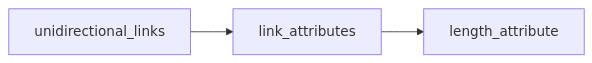
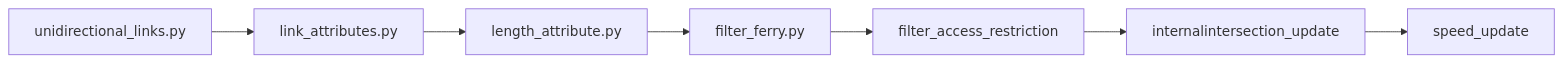
The diagram in README.md (anu-kuncheria/mobiliti-network), drawn with Mermaid before and after one commit.

Commit message:
read me updated

````diff
--- a/README.md
+++ b/README.md
@@ -5,4 +5,4 @@
 ```mermaid
 graph LR;
-    unidirectional_links-->link_attributes-->length_attribute;
+    unidirectional_links.py-->link_attributes.py-->length_attribute.py-->filter_ferry.py-->filter_access_restriction-->internalintersection_update-->speed_update;
 ```
````
